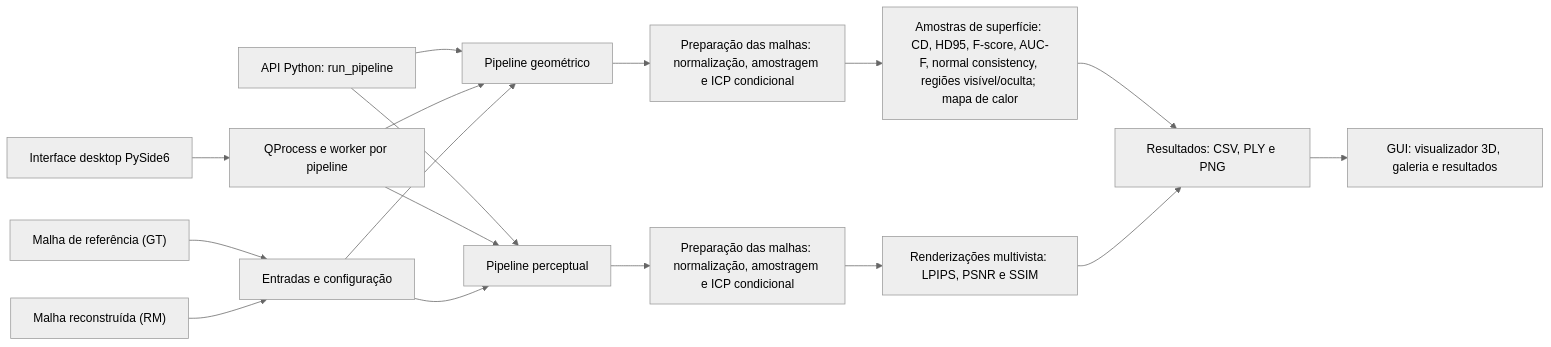
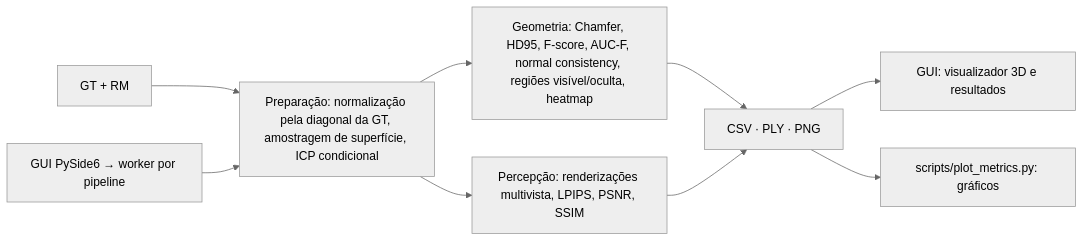
One commit to lianeheidemann/mesh-comparison changed the diagram in docs/README.md. Above: the diagram before and after it, drawn with Mermaid (neutral theme). The commit also changed other lines of this file and 36 other files, not shown here.

````diff
--- a/docs/README.md
+++ b/docs/README.md
@@ -19,19 +15,11 @@
 ```mermaid
 flowchart LR
-    GT["Malha de referência (GT)"] --> INPUTS["Entradas e configuração"]
-    RM["Malha reconstruída (RM)"] --> INPUTS
-    GUI["Interface desktop PySide6"] --> RUNNER["QProcess e worker por pipeline"]
-    API["API Python: run_pipeline"] --> GEO["Pipeline geométrico"]
-    API --> PER["Pipeline perceptual"]
-    RUNNER --> GEO
-    RUNNER --> PER
-    INPUTS --> GEO
-    INPUTS --> PER
-    GEO --> GEOPREP["Preparação das malhas: normalização, amostragem e ICP condicional"]
-    PER --> PERPREP["Preparação das malhas: normalização, amostragem e ICP condicional"]
-    GEOPREP --> GEOM["Amostras de superfície: CD, HD95, F-score, AUC-F, normal consistency, regiões visível/oculta; mapa de calor"]
-    PERPREP --> PERCEPT["Renderizações multivista: LPIPS, PSNR e SSIM"]
-    GEOM --> OUT["Resultados: CSV, PLY e PNG"]
-    PERCEPT --> OUT
-    OUT --> VIEW["GUI: visualizador 3D, galeria e resultados"]
+    IN["GT + RM"] --> PREP["Preparação: normalização pela diagonal da GT, amostragem de superfície, ICP condicional"]
+    GUI["GUI PySide6 → worker por pipeline"] --> PREP
+    PREP --> GEO["Geometria: Chamfer, HD95, F-score, AUC-F, normal consistency, regiões visível/oculta, heatmap"]
+    PREP --> PER["Percepção: renderizações multivista, LPIPS, PSNR, SSIM"]
+    GEO --> OUT["CSV · PLY · PNG"]
+    PER --> OUT
+    OUT --> VIEW["GUI: visualizador 3D e resultados"]
+    OUT --> FIG["scripts/plot_metrics.py: gráficos"]
 ```
````
